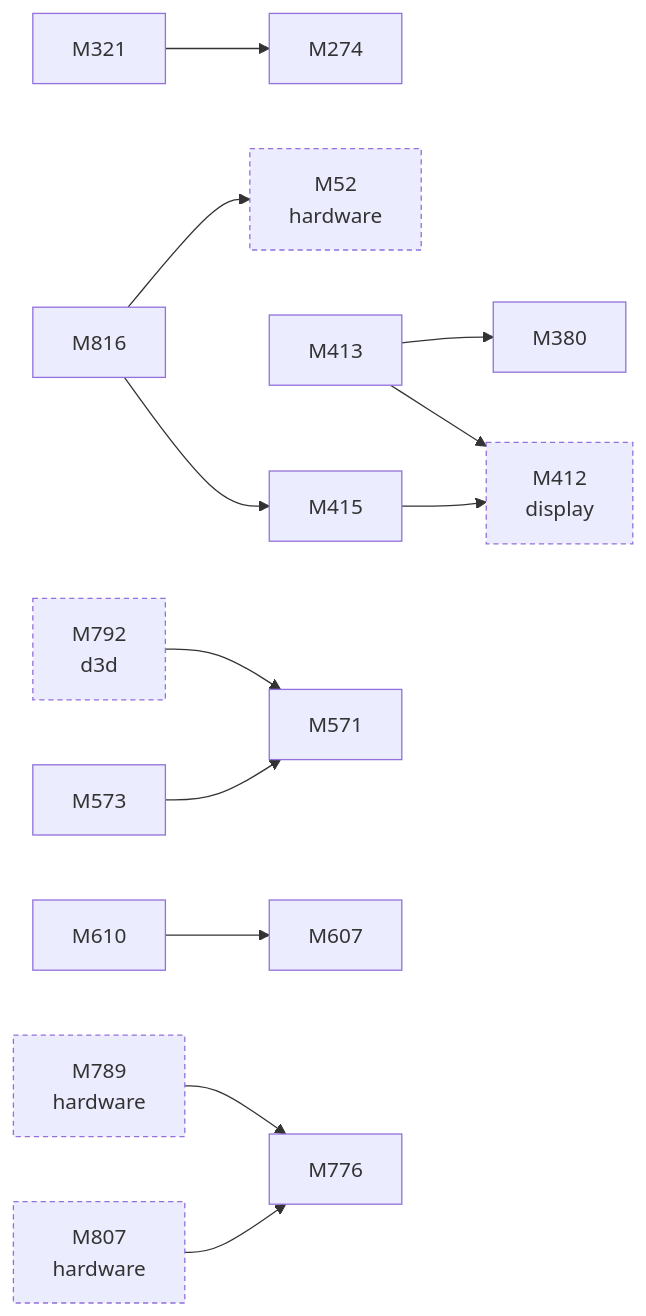
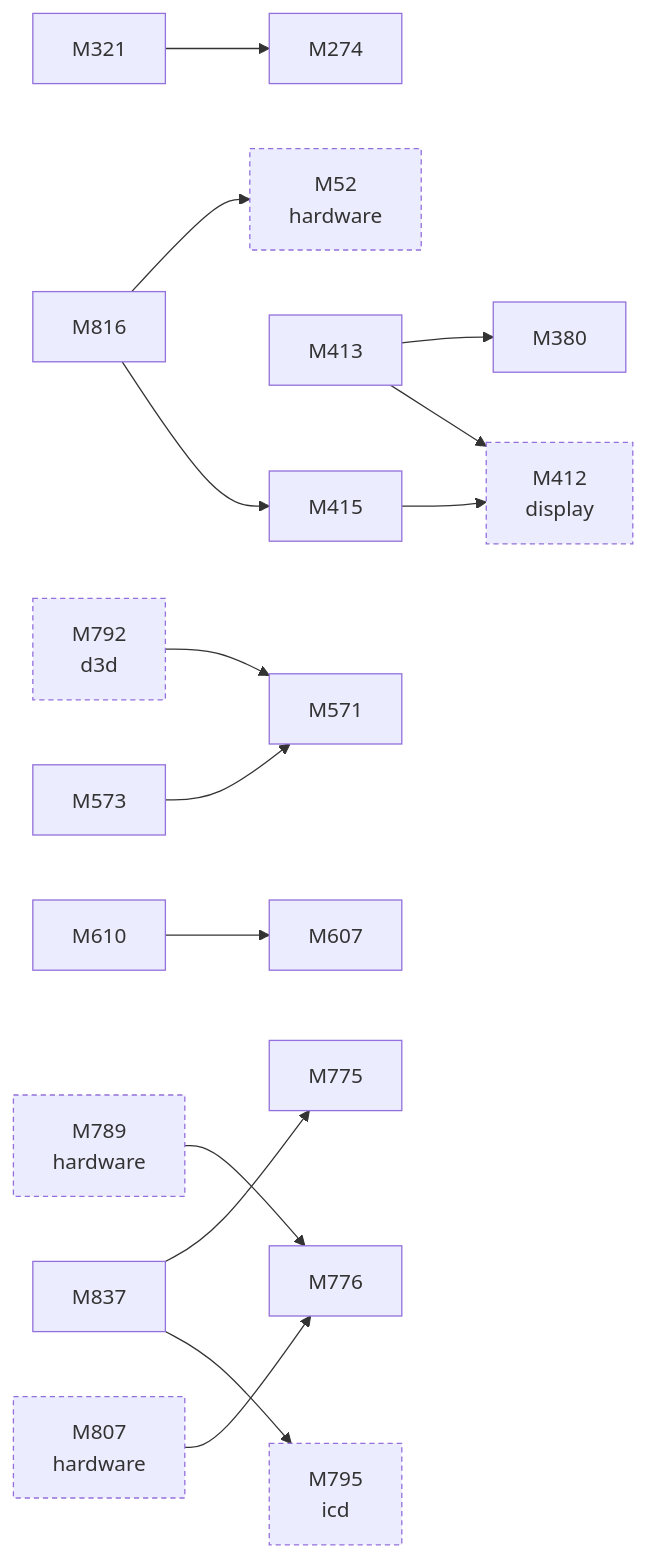
The second of 2 diagrams in docs/facts/graphs/games.md (D-Ogi/amdgpu-wddm), drawn with Mermaid before and after one commit. The commit also changed 121 other files, not shown here.

````diff
--- a/docs/facts/graphs/games.md
+++ b/docs/facts/graphs/games.md
@@ -31,32 +31,37 @@
 ```mermaid
 flowchart LR
   M52["M52<br/>hardware"]
   M274["M274"]
   M321["M321"]
   M380["M380"]
   M412["M412<br/>display"]
   M413["M413"]
   M415["M415"]
   M571["M571"]
   M573["M573"]
   M607["M607"]
   M610["M610"]
+  M775["M775"]
   M776["M776"]
   M789["M789<br/>hardware"]
   M792["M792<br/>d3d"]
+  M795["M795<br/>icd"]
   M807["M807<br/>hardware"]
   M816["M816"]
+  M837["M837"]
   M789 --> M776
   M807 --> M776
   M792 --> M571
   M321 --> M274
   M413 --> M380
   M413 --> M412
   M415 --> M412
   M573 --> M571
   M610 --> M607
   M816 --> M52
   M816 --> M415
+  M837 --> M775
+  M837 --> M795
   classDef other stroke-dasharray:4 3
-  class M52,M412,M789,M792,M807 other
+  class M52,M412,M789,M792,M795,M807 other
 ```
````
